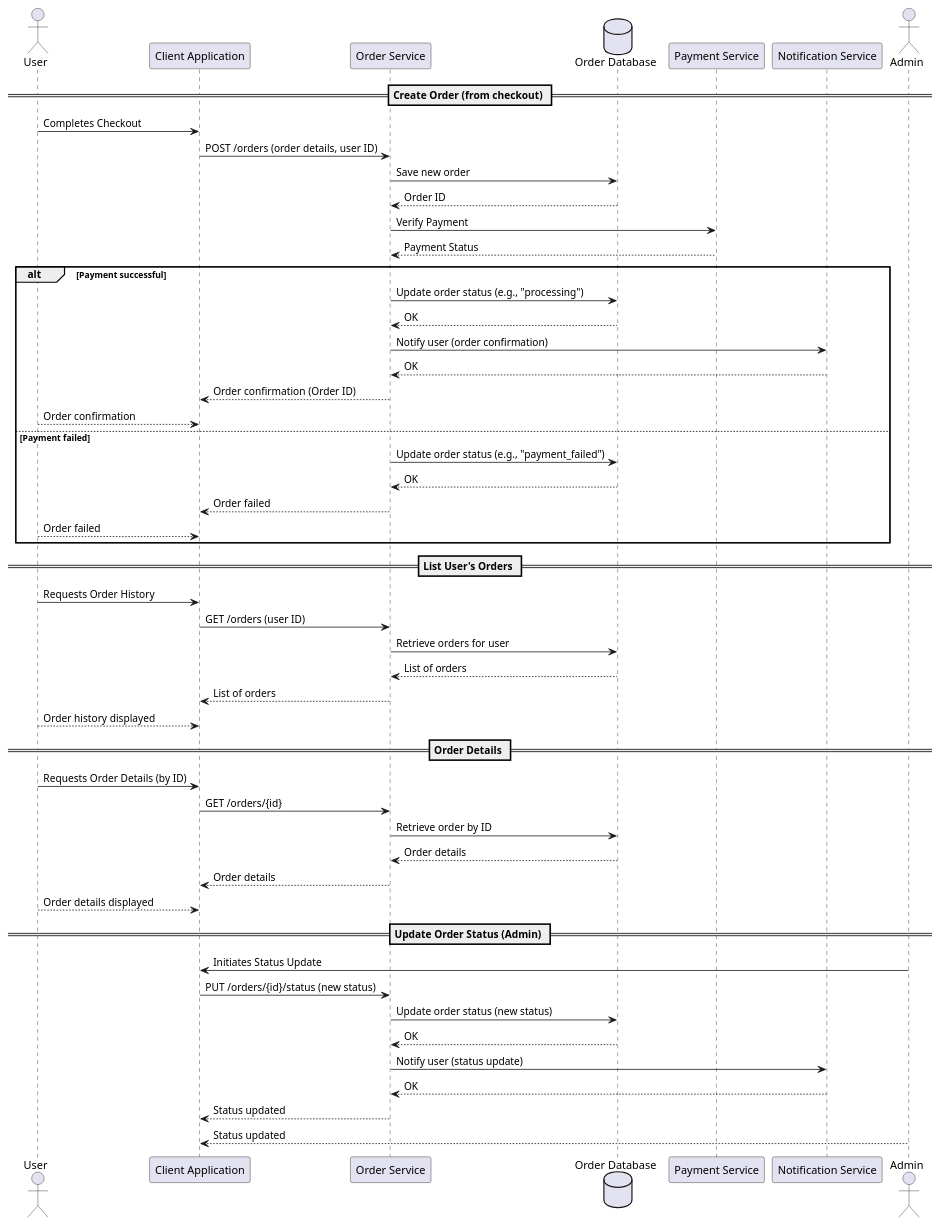
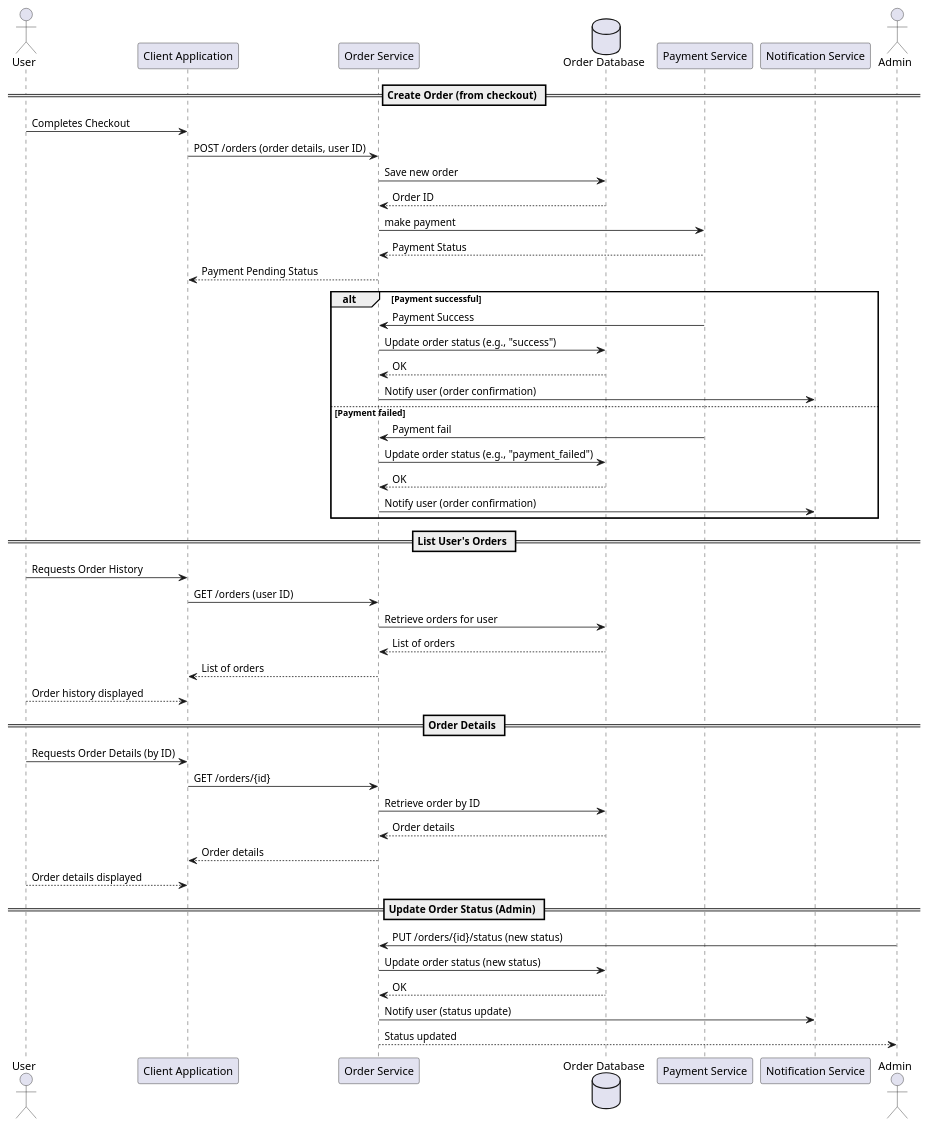
The diagram in docs/plantuml/order-flow.puml (sirius1b/e-commerce), drawn with PlantUML before and after one commit. The commit also changed 34 other files, not shown here.

```diff
--- a/docs/plantuml/order-flow.puml
+++ b/docs/plantuml/order-flow.puml
@@ -1,55 +1,55 @@
-actor User
+@startuml order-flow
+actor User 
 participant "Client Application" as Client
 participant "Order Service" as OrderSvc
 database "Order Database" as OrderDB
 participant "Payment Service" as PaymentSvc
 participant "Notification Service" as NotificationSvc
 actor Admin
 
 == Create Order (from checkout) ==
 User -> Client: Completes Checkout
 Client -> OrderSvc: POST /orders (order details, user ID)
 OrderSvc -> OrderDB: Save new order
 OrderDB --> OrderSvc: Order ID
-OrderSvc -> PaymentSvc:  Verify Payment
+OrderSvc -> PaymentSvc: make payment
 PaymentSvc --> OrderSvc: Payment Status
+OrderSvc --> Client: Payment Pending Status
+
+
 alt Payment successful
-    OrderSvc -> OrderDB: Update order status (e.g., "processing")
+    PaymentSvc -> OrderSvc: Payment Success
+
+    OrderSvc -> OrderDB: Update order status (e.g., "success")
     OrderDB --> OrderSvc: OK
     OrderSvc -> NotificationSvc: Notify user (order confirmation)
-    NotificationSvc --> OrderSvc: OK
-    OrderSvc --> Client: Order confirmation (Order ID)
-    Client <-- User: Order confirmation
 else Payment failed
-     OrderSvc -> OrderDB: Update order status (e.g., "payment_failed")
+    PaymentSvc -> OrderSvc: Payment fail
+    OrderSvc -> OrderDB: Update order status (e.g., "payment_failed")
     OrderDB --> OrderSvc: OK
-    OrderSvc --> Client: Order failed
-    Client <-- User: Order failed
+    OrderSvc -> NotificationSvc: Notify user (order confirmation)
 end
 
 == List User's Orders ==
 User -> Client: Requests Order History
 Client -> OrderSvc: GET /orders (user ID)
 OrderSvc -> OrderDB: Retrieve orders for user
 OrderDB --> OrderSvc: List of orders
 OrderSvc --> Client: List of orders
 Client <-- User: Order history displayed
 
 == Order Details ==
 User -> Client: Requests Order Details (by ID)
 Client -> OrderSvc: GET /orders/{id}
 OrderSvc -> OrderDB: Retrieve order by ID
 OrderDB --> OrderSvc: Order details
 OrderSvc --> Client: Order details
 Client <-- User: Order details displayed
 
 == Update Order Status (Admin) ==
-Admin -> Client: Initiates Status Update
-Client -> OrderSvc: PUT /orders/{id}/status (new status)
+Admin -> OrderSvc: PUT /orders/{id}/status (new status)
 OrderSvc -> OrderDB: Update order status (new status)
 OrderDB --> OrderSvc: OK
 OrderSvc -> NotificationSvc: Notify user (status update)
-NotificationSvc --> OrderSvc: OK
-OrderSvc --> Client: Status updated
-Client <-- Admin: Status updated
+OrderSvc --> Admin: Status updated
 @enduml
```
